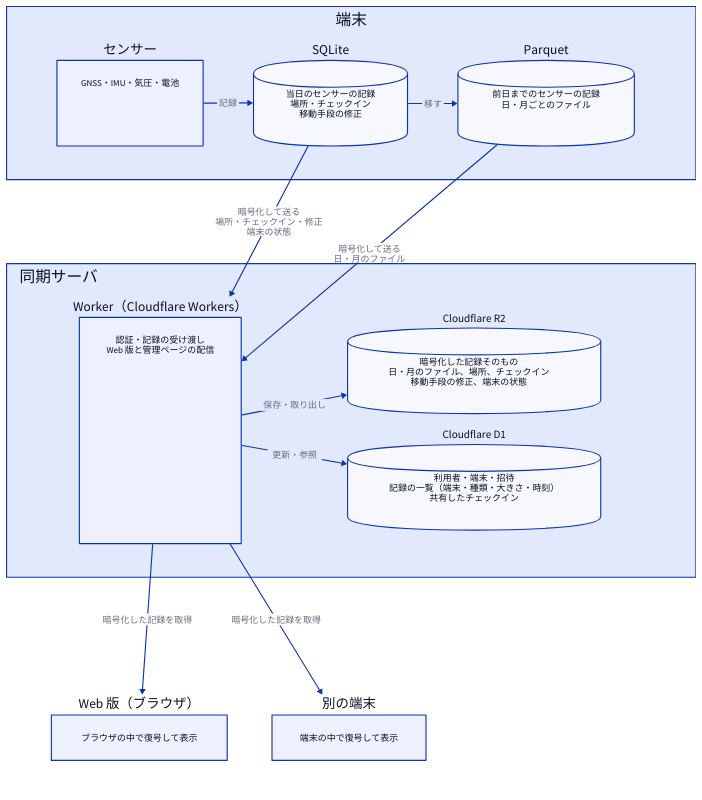
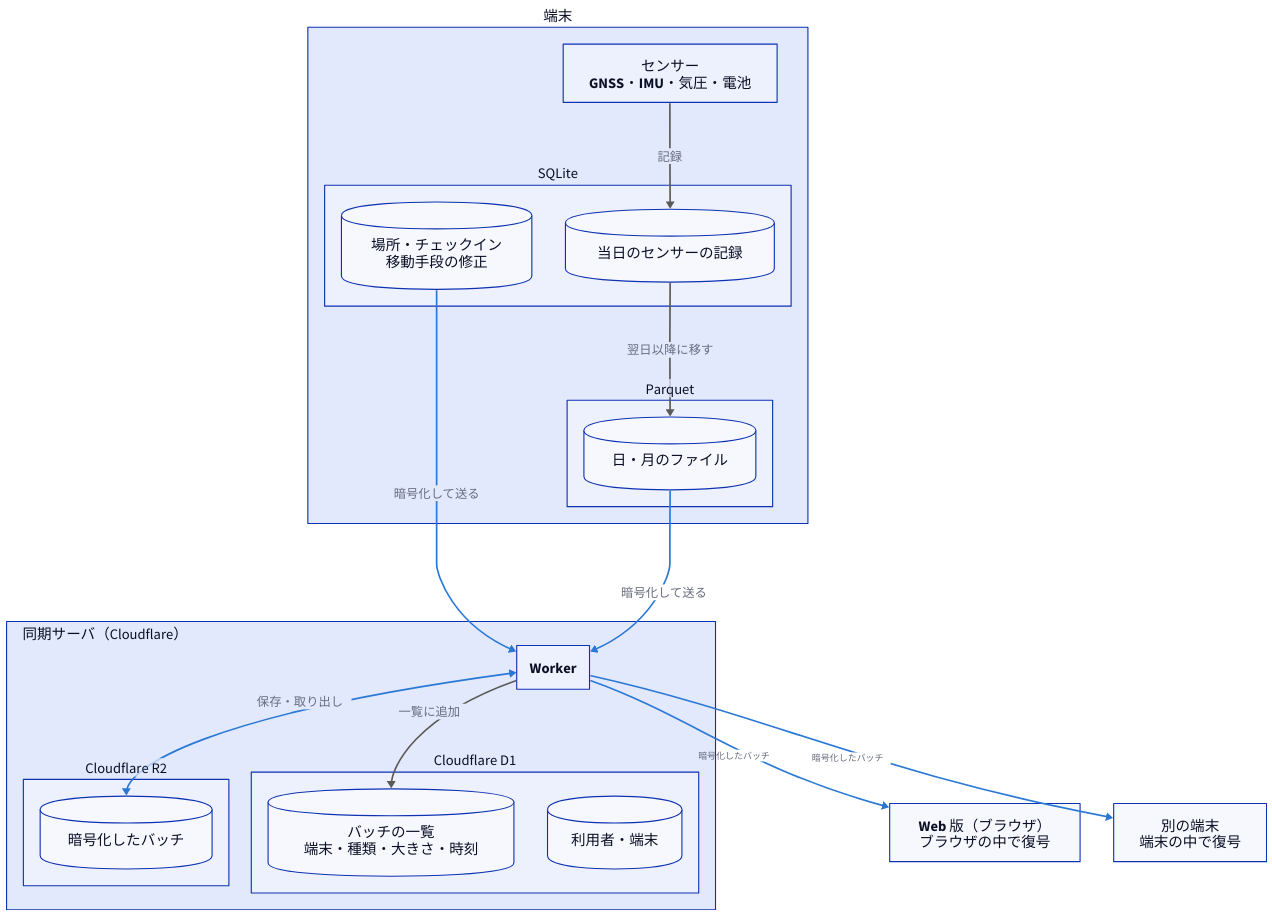
The diagram in docs/diagrams/data-flow.d2 (sksat/ashidori), drawn with D2 before and after one commit. The commit also changed 2 other files, not shown here.

Commit message:
README diagram: the data as stores inside their services, arrows by kind
After the style of an existing architecture diagram: each service (SQLite, Parquet, Worker, R2, D1) is a container holding its data as cylinders, every arrow points the way the data moves and is coloured by kind (written on the device, or sent encrypted), and the text is larger.

Claude-Session: https://claude.ai/code/session_017t1ggPhSxMpk4m7mc72YJC

```diff
--- a/docs/diagrams/data-flow.d2
+++ b/docs/diagrams/data-flow.d2
@@ -1,69 +1,58 @@
 # データフロー（README）
-# 端末は記録を暗号化してから送る。復号できるのは利用者の端末とペアリングしたブラウザだけで、同期サーバには暗号化した記録だけが届く。
+# 端末は記録を暗号化したバッチにして送り、同期サーバは暗号化したバッチと
+# その一覧だけを持つ。復号できるのは利用者の端末とペアリングしたブラウザだけ。
 direction: down
-grid-rows: 3
-grid-gap: 150
+
+*.style.font-size: 26
+*.*.style.font-size: 26
+*.*.*.style.font-size: 26
+(** -> **)[*].style.font-size: 22
+(** <-> **)[*].style.font-size: 22
+
+# Every arrow points the way the data moves: written on the device, or sent
+# encrypted over the network.
+classes: {
+  local: {style: {stroke: "#5b5a56"; stroke-width: 3}}
+  encrypted: {style: {stroke: "#2a78d6"; stroke-width: 3}}
+}
 
 phone: 端末 {
-  grid-columns: 3
-  horizontal-gap: 90
-  sensors: "センサー" {
-    d: "GNSS・IMU・気圧・電池" {shape: text}
-  }
-  db: "SQLite" {
-    shape: cylinder
-    d: "当日のセンサーの記録\n場所・チェックイン\n移動手段の修正" {shape: text}
-  }
-  archive: "Parquet" {
-    shape: cylinder
-    d: "前日までのセンサーの記録\n日・月ごとのファイル" {shape: text}
+  sensors: "センサー\nGNSS・IMU・気圧・電池"
+
+  sqlite: SQLite {
+    today: 当日のセンサーの記録 {shape: cylinder}
+    edits: "場所・チェックイン\n移動手段の修正" {shape: cylinder}
   }
 
-  sensors -> db: 記録
-  db -> archive: 移す
+  parquet: Parquet {
+    files: 日・月のファイル {shape: cylinder}
+  }
+
+  sensors -> sqlite.today: 記録 {class: local}
+  sqlite.today -> parquet.files: 翌日以降に移す {class: local}
 }
 
-server: 同期サーバ {
+cf: 同期サーバ（Cloudflare） {
   label.near: top-left
-  grid-columns: 2
-  horizontal-gap: 110
-  # The Worker on the left (under the device's encryption and above the readers),
-  # the stores on the right, so no arrow crosses a store.
-  api: "Worker（Cloudflare Workers）" {
-    d: "認証・記録の受け渡し\nWeb 版と管理ページの配信" {shape: text}
+  worker: Worker
+
+  r2: Cloudflare R2 {
+    batches: 暗号化したバッチ {shape: cylinder}
   }
-  stores: "" {
-    style.fill: transparent
-    style.stroke: transparent
-    grid-rows: 2
-    vertical-gap: 24
-    blobs: "Cloudflare R2" {
-      shape: cylinder
-      d: "暗号化した記録そのもの\n日・月のファイル、場所、チェックイン\n移動手段の修正、端末の状態" {shape: text}
-    }
-    meta: "Cloudflare D1" {
-      shape: cylinder
-      d: "利用者・端末・招待\n記録の一覧（端末・種類・大きさ・時刻）\n共有したチェックイン" {shape: text}
-    }
+
+  d1: Cloudflare D1 {
+    index: "バッチの一覧\n端末・種類・大きさ・時刻" {shape: cylinder}
+    accounts: "利用者・端末" {shape: cylinder}
   }
-  api -> stores.blobs: 保存・取り出し
-  api -> stores.meta: 更新・参照
+
+  worker <-> r2.batches: 保存・取り出し {class: encrypted}
+  worker -> d1.index: 一覧に追加 {class: local}
 }
 
-readers: "" {
-  style.fill: transparent
-  style.stroke: transparent
-  grid-columns: 2
-  horizontal-gap: 80
-  web: "Web 版（ブラウザ）" {
-    d: "ブラウザの中で復号して表示" {shape: text}
-  }
-  other: "別の端末" {
-    d: "端末の中で復号して表示" {shape: text}
-  }
-}
+web: "Web 版（ブラウザ）\nブラウザの中で復号"
+other: "別の端末\n端末の中で復号"
 
-phone.db -> server.api: "暗号化して送る\n場所・チェックイン・修正\n端末の状態"
-phone.archive -> server.api: "暗号化して送る\n日・月のファイル"
-server.api -> readers.web: 暗号化した記録を取得
-server.api -> readers.other: 暗号化した記録を取得
+phone.sqlite.edits -> cf.worker: 暗号化して送る {class: encrypted}
+phone.parquet.files -> cf.worker: 暗号化して送る {class: encrypted}
+web <- cf.worker: 暗号化したバッチ {class: encrypted}
+other <- cf.worker: 暗号化したバッチ {class: encrypted}
```
